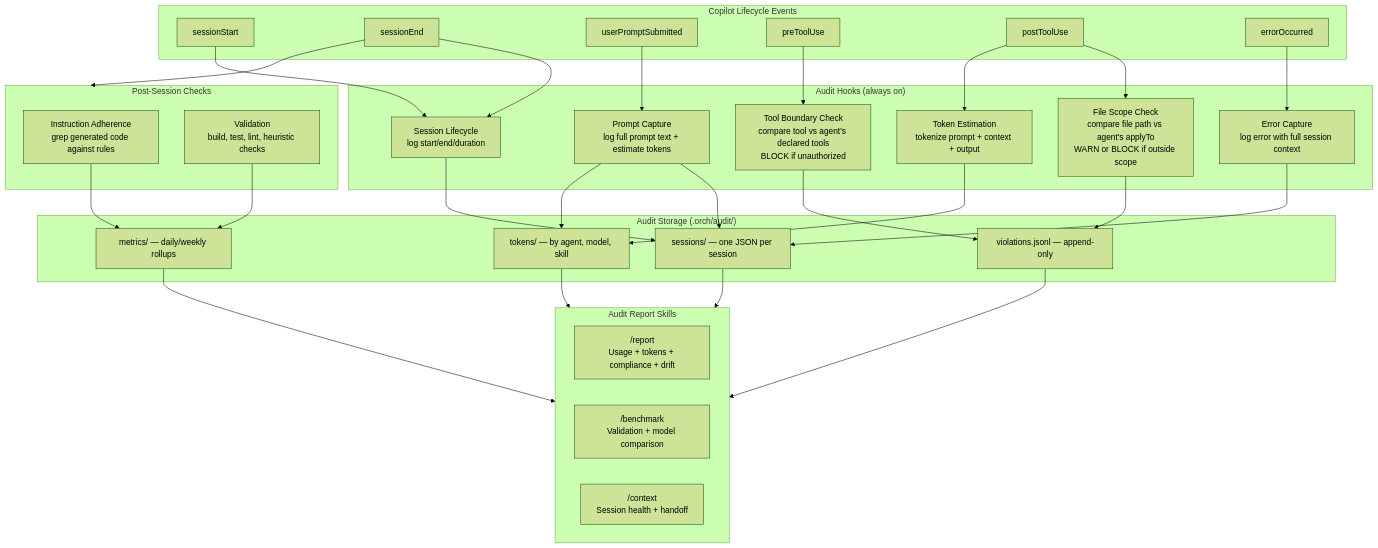
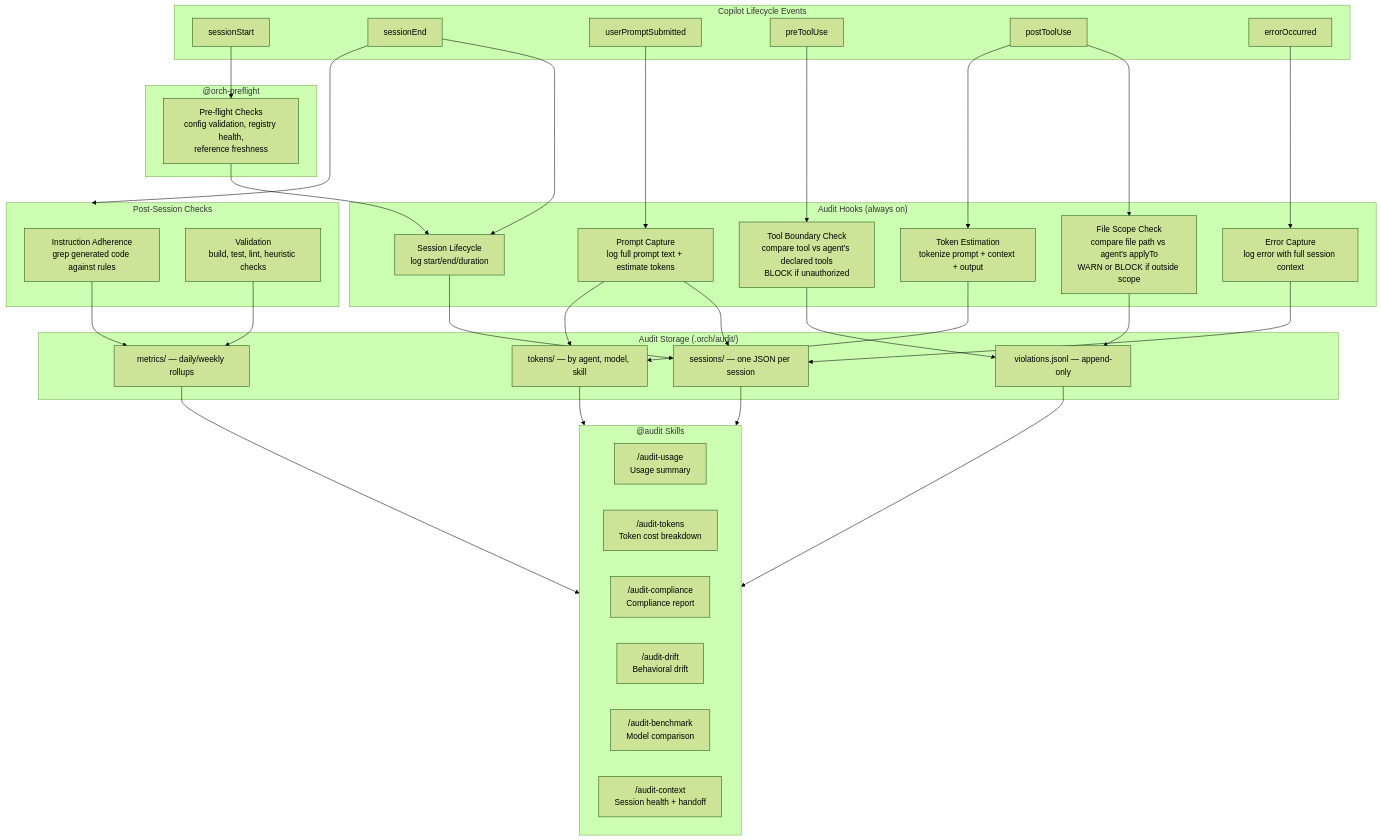
One commit to oneinthebox/vscode-ghcp-agents changed the fifth of 17 diagrams in docs/tech.md. Above: the diagram before and after it, drawn with Mermaid (forest theme). The commit also changed other lines of this file and 11 other files, not shown here.

````diff
--- a/docs/tech.md
+++ b/docs/tech.md
@@ -173,62 +174,70 @@
 ```mermaid
 graph TB
     subgraph Events["Copilot Lifecycle Events"]
         SS["sessionStart"]
         SE["sessionEnd"]
         UPS["userPromptSubmitted"]
         PTU["preToolUse"]
         PostTU["postToolUse"]
         Err["errorOccurred"]
+    end
+
+    subgraph PreFlight["@orch-preflight"]
+        PFC["Pre-flight Checks<br/>config validation, registry health,<br/>reference freshness"]
     end
 
     subgraph AuditHooks["Audit Hooks (always on)"]
         Lifecycle["Session Lifecycle<br/>log start/end/duration"]
         PromptLog["Prompt Capture<br/>log full prompt text + estimate tokens"]
         ToolBound["Tool Boundary Check<br/>compare tool vs agent's declared tools<br/>BLOCK if unauthorized"]
         ScopeCheck["File Scope Check<br/>compare file path vs agent's applyTo<br/>WARN or BLOCK if outside scope"]
         TokenEst["Token Estimation<br/>tokenize prompt + context + output"]
         ErrorLog["Error Capture<br/>log error with full session context"]
     end
 
     subgraph PostSession["Post-Session Checks"]
         Adherence["Instruction Adherence<br/>grep generated code against rules"]
         Validate["Validation<br/>build, test, lint, heuristic checks"]
     end
 
     subgraph Storage["Audit Storage (.orch/audit/)"]
         Sessions["sessions/ — one JSON per session"]
         Violations["violations.jsonl — append-only"]
         Tokens["tokens/ — by agent, model, skill"]
         Metrics["metrics/ — daily/weekly rollups"]
     end
 
-    subgraph Reports["Audit Report Skills"]
-        Report["/report<br/>Usage + tokens + compliance + drift"]
-        BenchReport["/benchmark<br/>Validation + model comparison"]
-        Context["/context<br/>Session health + handoff"]
+    subgraph Reports["@audit Skills"]
+        AuditUsage["/audit-usage<br/>Usage summary"]
+        AuditTokens["/audit-tokens<br/>Token cost breakdown"]
+        AuditCompliance["/audit-compliance<br/>Compliance report"]
+        AuditDrift["/audit-drift<br/>Behavioral drift"]
+        AuditBenchmark["/audit-benchmark<br/>Model comparison"]
+        AuditContext["/audit-context<br/>Session health + handoff"]
     end
 
-    SS --> Lifecycle
+    SS --> PFC
+    PFC --> Lifecycle
     SE --> Lifecycle
     UPS --> PromptLog
     PTU --> ToolBound
     PostTU --> ScopeCheck
     PostTU --> TokenEst
     Err --> ErrorLog
     SE --> PostSession
 
     Lifecycle --> Sessions
     PromptLog --> Sessions
     PromptLog --> Tokens
     ToolBound --> Violations
     ScopeCheck --> Violations
     TokenEst --> Tokens
     ErrorLog --> Sessions
     Adherence --> Metrics
     Validate --> Metrics
 
     Sessions --> Reports
     Violations --> Reports
     Tokens --> Reports
     Metrics --> Reports
 ```
````
